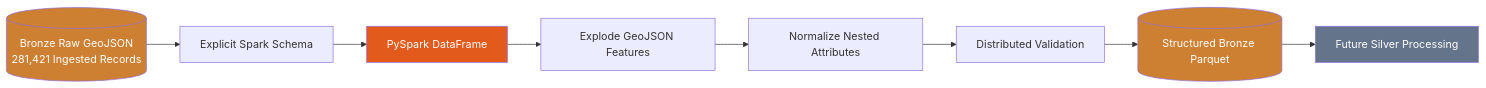
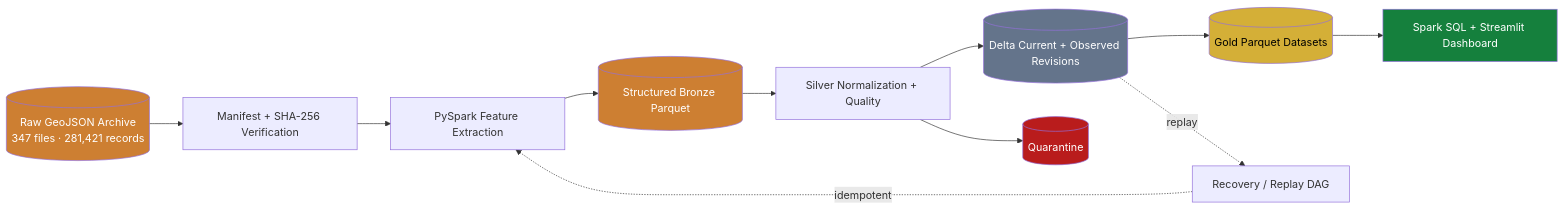
Diagram 24 of 24 in README.md (blkpvnthr/scientific-event-lakehouse), drawn with Mermaid before and after one commit. The commit also changed other lines of this file and 3 other files, not shown here.

First line of the commit message:
docs: finalize v1.0 lakehouse architecture, Mermaid diagrams, and technical documentation

````diff
--- a/README.md
+++ b/README.md
@@ -1924,23 +2003,21 @@
 ```mermaid
 flowchart LR
-    A[("Bronze Raw GeoJSON<br/>281,421 Ingested Records")]
-
-    A --> B[Explicit Spark Schema]
-
-    B --> C[PySpark DataFrame]
-
-    C --> D[Explode GeoJSON Features]
-
-    D --> E[Normalize Nested Attributes]
-
-    E --> F[Distributed Validation]
-
-    F --> G[(Structured Bronze Parquet)]
-
-    G --> H[Future Silver Processing]
+    A[("Raw GeoJSON Archive<br/>347 files · 281,421 records")]
+    A --> V["Manifest + SHA-256 Verification"]
+    V --> B["PySpark Feature Extraction"]
+    B --> C[("Structured Bronze Parquet")]
+    C --> D["Silver Normalization + Quality"]
+    D --> E[("Delta Current + Observed Revisions")]
+    D --> Q[("Quarantine")]
+    E --> F[("Gold Parquet Datasets")]
+    F --> G["Spark SQL + Streamlit Dashboard"]
+    E -. replay .-> R["Recovery / Replay DAG"]
+    R -. idempotent .-> B
 
     style A fill:#CD7F32,color:#fff
-    style C fill:#E25A1C,color:#fff
-    style G fill:#CD7F32,color:#fff
-    style H fill:#64748B,color:#fff
+    style C fill:#CD7F32,color:#fff
+    style E fill:#64748B,color:#fff
+    style Q fill:#B91C1C,color:#fff
+    style F fill:#D4AF37,color:#000
+    style G fill:#15803D,color:#fff
 ```
````
